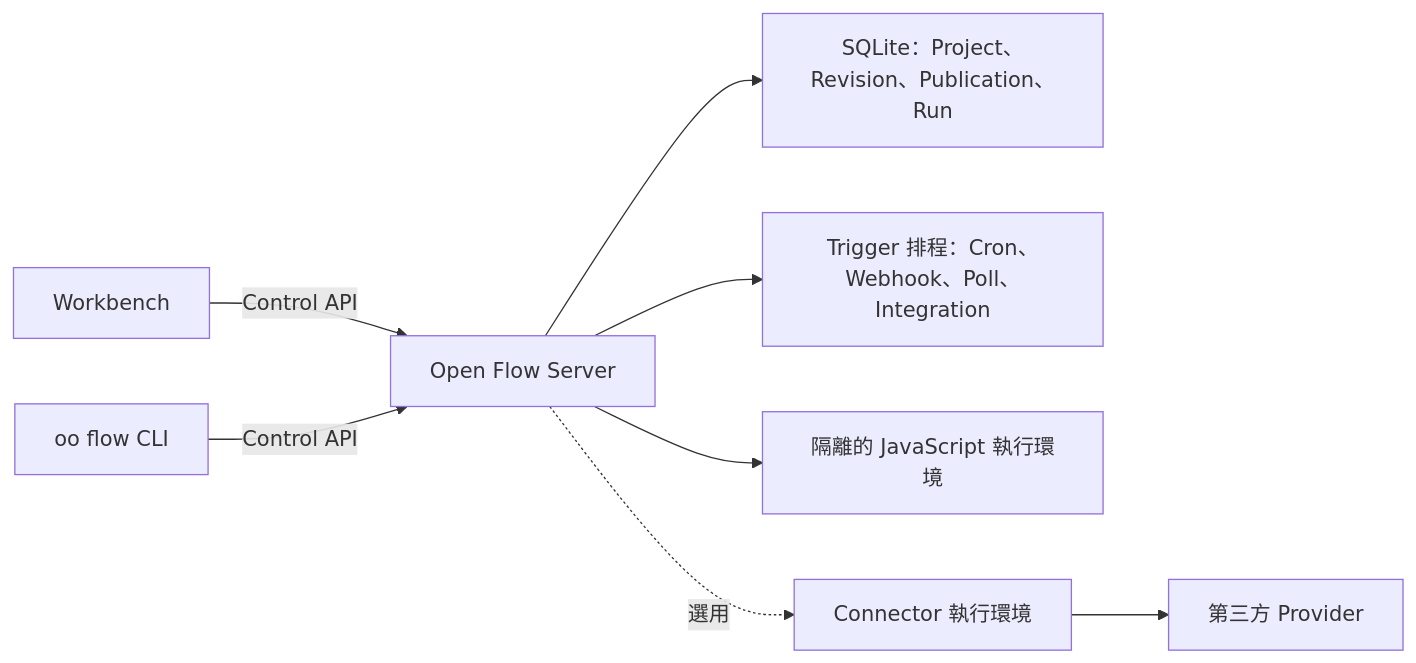
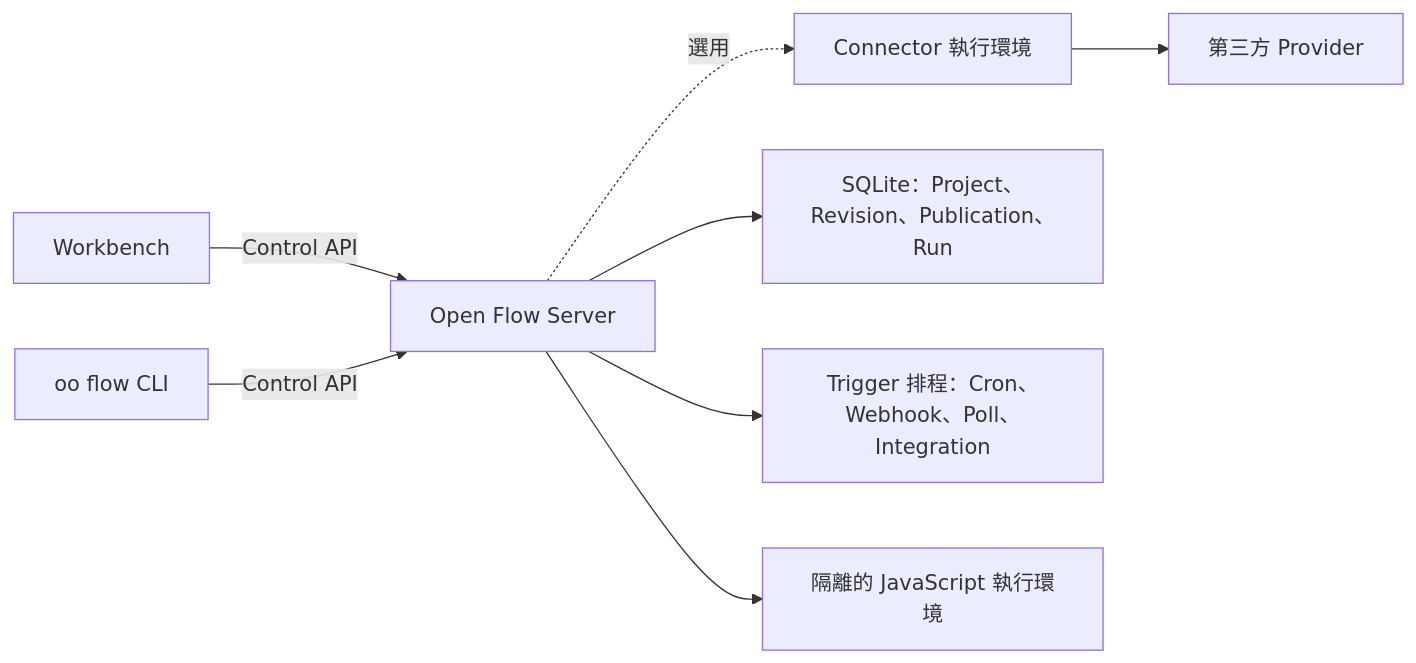
Before and after one commit to l1shen/open-flow-oomo-lab: the diagram in docs/README.zh-TW.md, drawn with Mermaid. The commit also changed other lines of this file and 6 other files, not shown here.

First line of the commit message:
Fix README architecture diagram layout (#19)

````diff
--- a/docs/README.zh-TW.md
+++ b/docs/README.zh-TW.md
@@ -45,10 +45,10 @@
 ```mermaid
 flowchart LR
   Workbench["Workbench"] -->|"Control API"| Server["Open Flow Server"]
   CLI["oo flow CLI"] -->|"Control API"| Server
+  Server -. "選用" .-> Connector["Connector 執行環境"]
+  Connector --> Providers["第三方 Provider"]
   Server --> Store["SQLite：Project、Revision、Publication、Run"]
   Server --> Triggers["Trigger 排程：Cron、Webhook、Poll、Integration"]
   Server --> Runtime["隔離的 JavaScript 執行環境"]
-  Server -. "選用" .-> Connector["Connector 執行環境"]
-  Connector --> Providers["第三方 Provider"]
 ```
````
